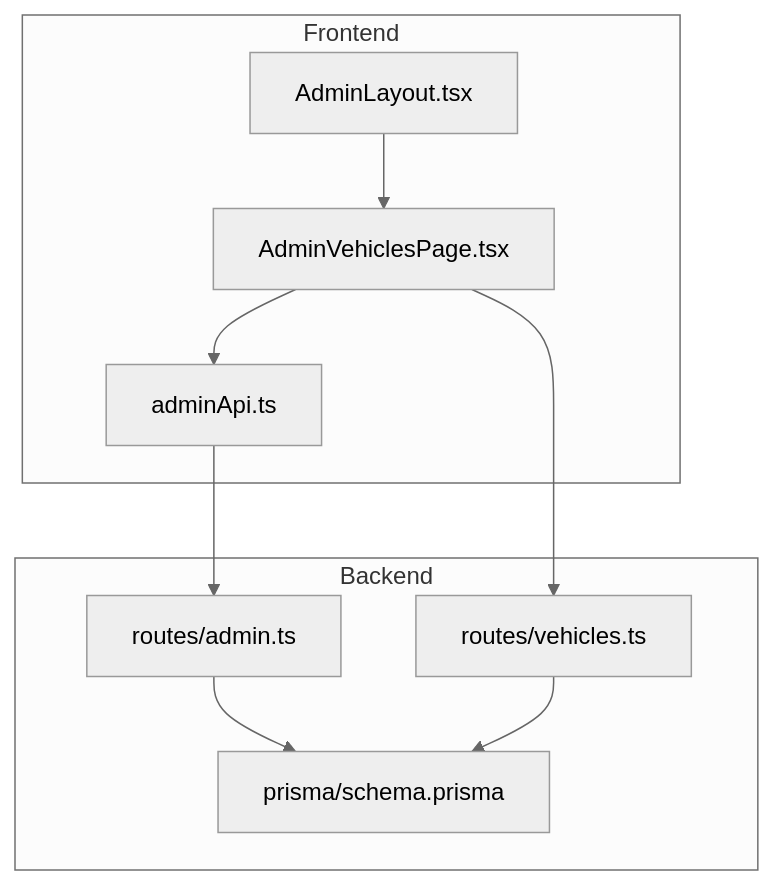
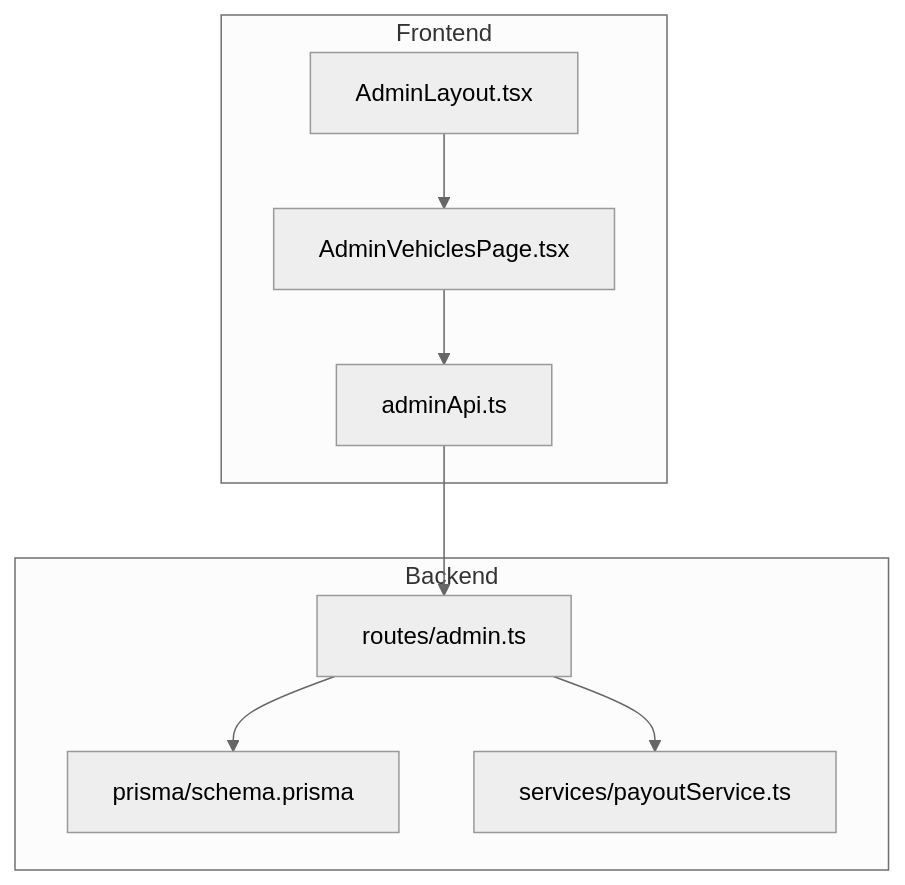
Before and after one commit to NaveenHiranya/Smart-Vehicle-Insurance-Claim-System: the first of 3 diagrams in .qoder/repowiki/en/content/Frontend Documentation/Pages and Views/Admin Pages/Admin Vehicles Page.md, drawn with Mermaid (neutral theme). The commit also changed other lines of this file and 21 other files, not shown here.

````diff
--- a/.qoder/repowiki/en/content/Frontend Documentation/Pages and Views/Admin Pages/Admin Vehicles Page.md
+++ b/.qoder/repowiki/en/content/Frontend Documentation/Pages and Views/Admin Pages/Admin Vehicles Page.md
@@ -33,19 +44,18 @@
 ```mermaid
 graph TB
 subgraph "Frontend"
 AVP["AdminVehiclesPage.tsx"]
 AA["adminApi.ts"]
 AL["AdminLayout.tsx"]
 end
 subgraph "Backend"
 AR["routes/admin.ts"]
-VR["routes/vehicles.ts"]
 PR["prisma/schema.prisma"]
+PS["services/payoutService.ts"]
 end
 AVP --> AA
 AA --> AR
-AVP --> VR
 AR --> PR
-VR --> PR
+AR --> PS
 AL --> AVP
 ```
````
